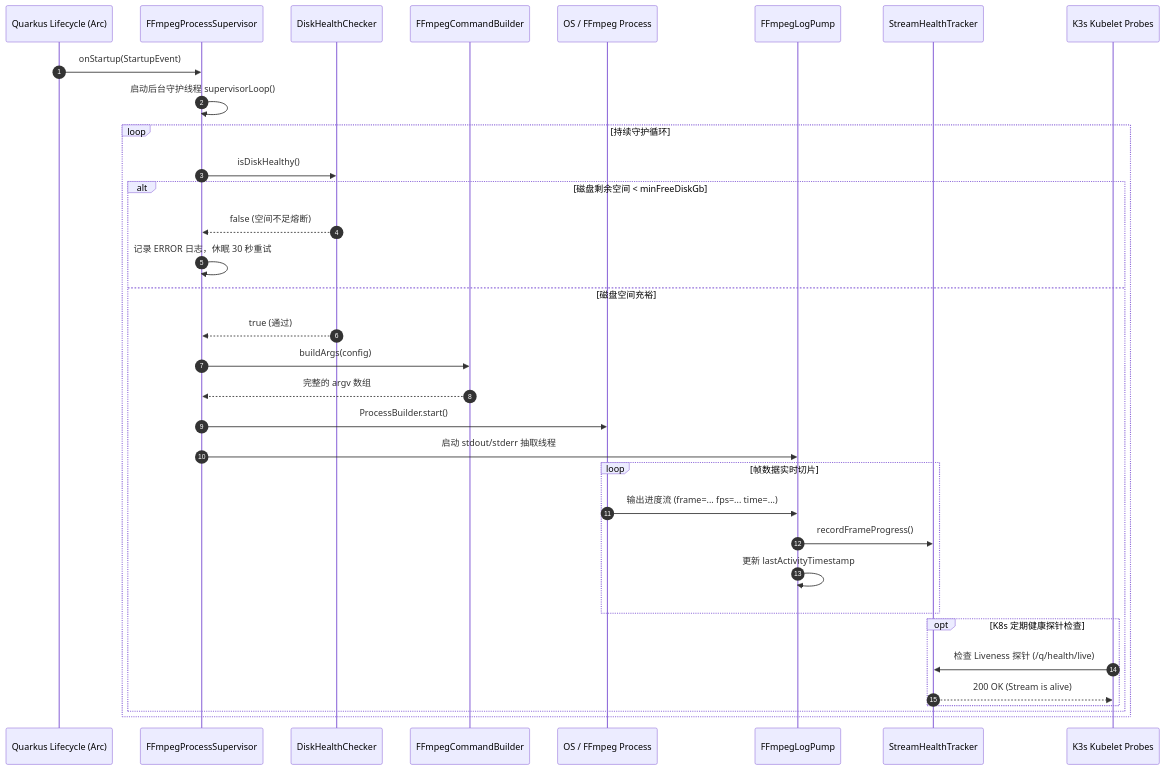
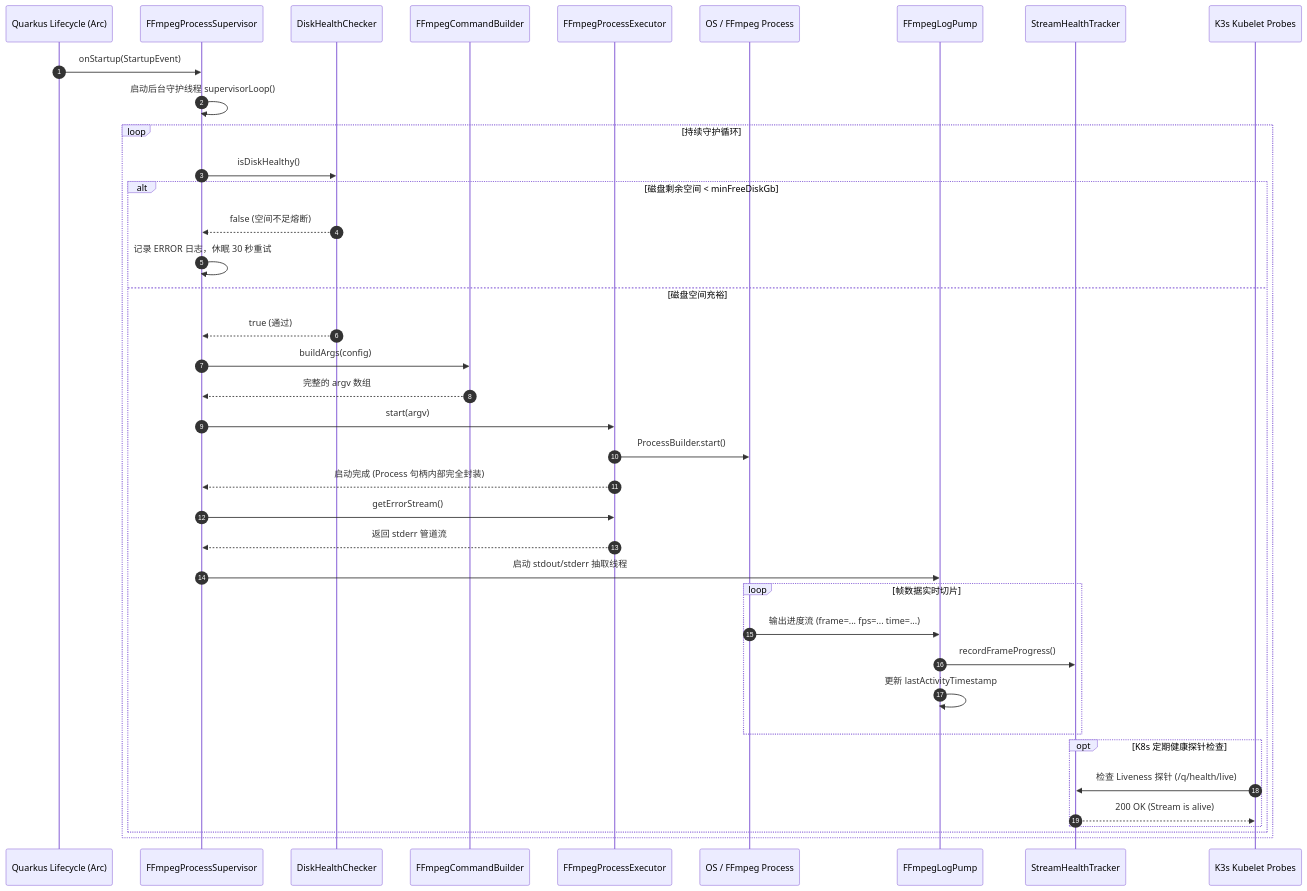
One commit to nvd11/cctv-collector changed the second of 5 diagrams in docs/CLASS_DESIGN.md. Above: the diagram before and after it, drawn with Mermaid. The commit also changed other lines of this file and 6 other files, not shown here.

First line of the commit message:
feat: Implement FFmpegProcessExecutor for managing FFmpeg subprocesses

````diff
--- a/docs/CLASS_DESIGN.md
+++ b/docs/CLASS_DESIGN.md
@@ -220,40 +234,45 @@
 ```mermaid
 sequenceDiagram
     autonumber
     participant Quarkus as Quarkus Lifecycle (Arc)
     participant Super as FFmpegProcessSupervisor
     participant Checker as DiskHealthChecker
     participant Builder as FFmpegCommandBuilder
+    participant Exec as FFmpegProcessExecutor
     participant Process as OS / FFmpeg Process
     participant Pump as FFmpegLogPump
     participant Tracker as StreamHealthTracker
     participant K3s as K3s Kubelet Probes
 
     Quarkus->>Super: onStartup(StartupEvent)
     Super->>Super: 启动后台守护线程 supervisorLoop()
     
     loop 持续守护循环
         Super->>Checker: isDiskHealthy()
         alt 磁盘剩余空间 < minFreeDiskGb
             Checker-->>Super: false (空间不足熔断)
             Super->>Super: 记录 ERROR 日志，休眠 30 秒重试
         else 磁盘空间充裕
             Checker-->>Super: true (通过)
             Super->>Builder: buildArgs(config)
             Builder-->>Super: 完整的 argv 数组
-            Super->>Process: ProcessBuilder.start()
+            Super->>Exec: start(argv)
+            Exec->>Process: ProcessBuilder.start()
+            Exec-->>Super: 启动完成 (Process 句柄内部完全封装)
+            Super->>Exec: getErrorStream()
+            Exec-->>Super: 返回 stderr 管道流
             Super->>Pump: 启动 stdout/stderr 抽取线程
 
             loop 帧数据实时切片
                 Process->>Pump: 输出进度流 (frame=... fps=... time=...)
                 Pump->>Tracker: recordFrameProgress()
                 Pump->>Pump: 更新 lastActivityTimestamp
             end
 
             opt K8s 定期健康探针检查
                 K3s->>Tracker: 检查 Liveness 探针 (/q/health/live)
                 Tracker-->>K3s: 200 OK (Stream is alive)
             end
         end
     end
 ```
````
